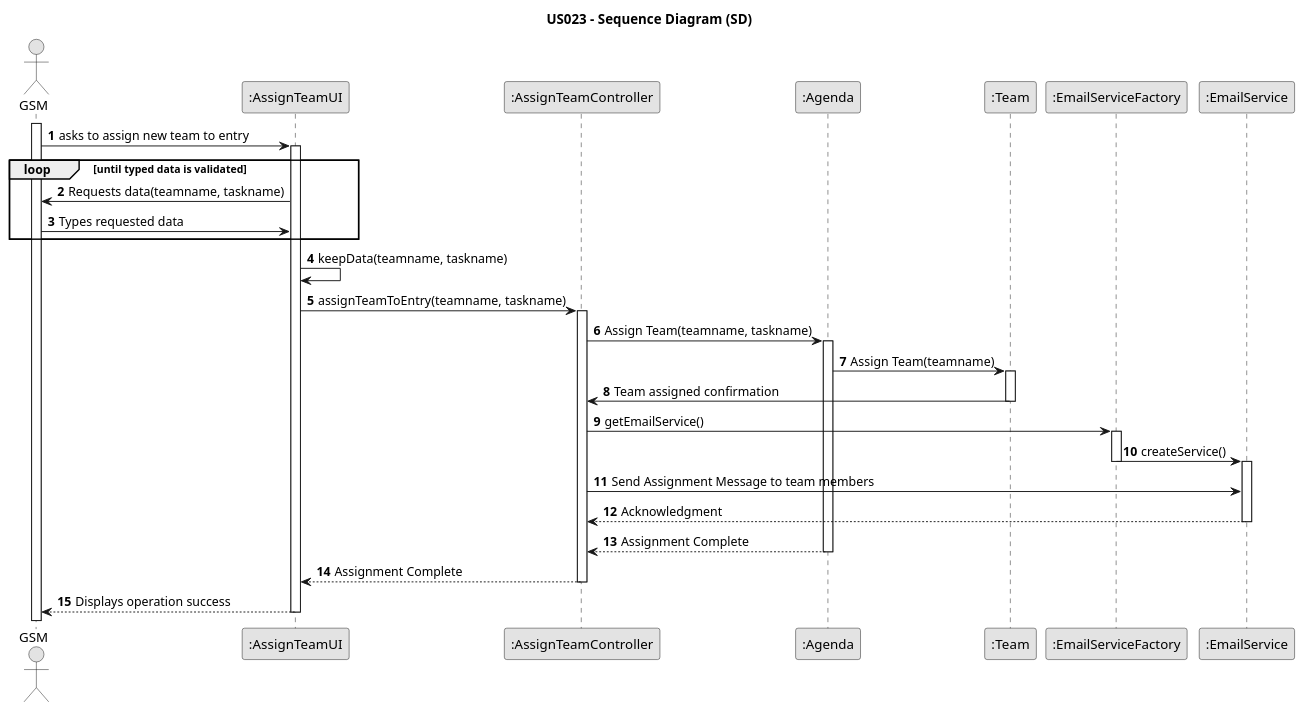
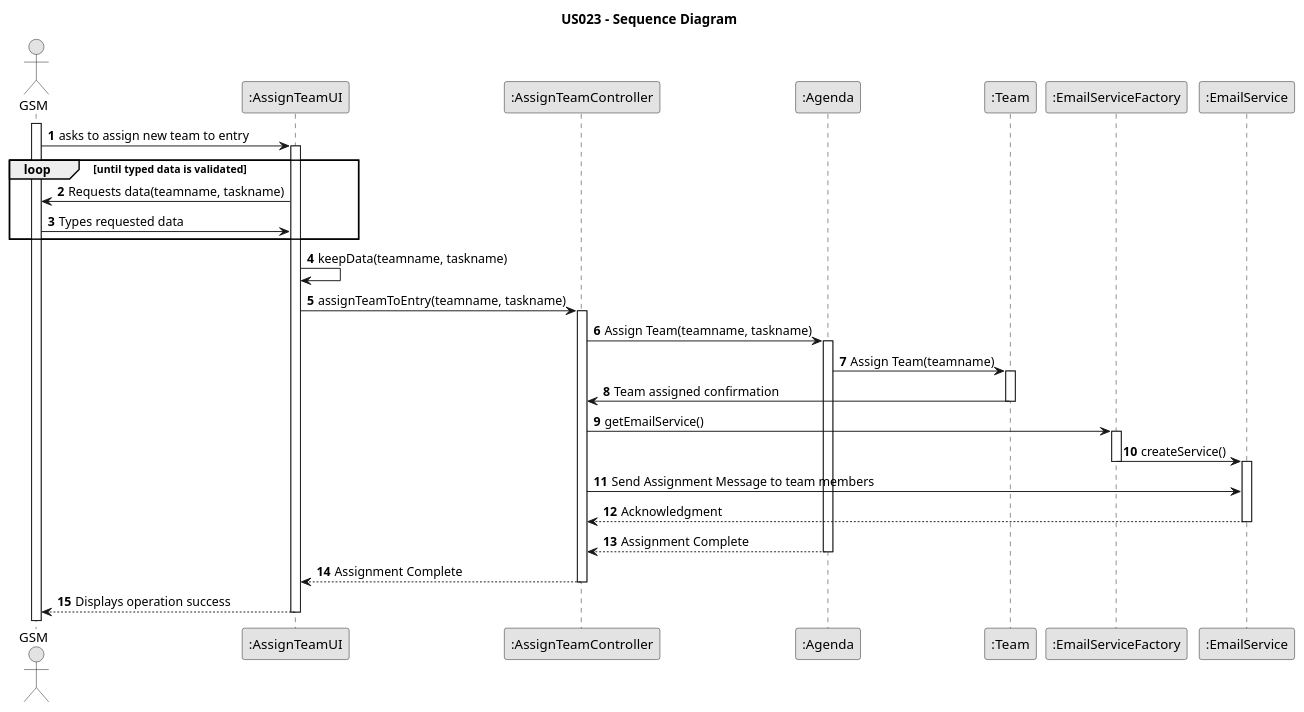
Before and after one commit to Rui-San/LAPR2_2023_2024: the diagram in docs/SprintC/us023/03.design/puml/us023-sequence-diagram.puml, drawn with PlantUML. The commit also changed 7 other files, not shown here.

```diff
--- a/docs/SprintC/us023/03.design/puml/us023-sequence-diagram.puml
+++ b/docs/SprintC/us023/03.design/puml/us023-sequence-diagram.puml
@@ -1,58 +1,58 @@
 @startuml
 skinparam monochrome true
 skinparam packageStyle rectangle
 skinparam shadowing false
 
-title US023 - Sequence Diagram (SD)
+title US023 - Sequence Diagram
 
 autonumber
 
 actor "GSM" as GSM
 participant ":AssignTeamUI" as UI
 participant ":AssignTeamController" as CTRL
 participant ":Agenda" as Agenda
 participant ":Team" as Team
 participant ":EmailServiceFactory" as EmailServiceFactory
 participant ":EmailService" as EmailService
 
 activate GSM
 
     GSM -> UI: asks to assign new team to entry
     activate UI
 
     loop until typed data is validated
     UI -> GSM: Requests data(teamname, taskname)
     GSM -> UI: Types requested data
     end loop
 
     UI -> UI: keepData(teamname, taskname)
 
     UI -> CTRL: assignTeamToEntry(teamname, taskname)
     activate CTRL
 
     CTRL -> Agenda: Assign Team(teamname, taskname)
     activate Agenda
     Agenda -> Team: Assign Team(teamname)
     activate Team
     Team -> CTRL: Team assigned confirmation
     deactivate Team
 
     CTRL -> EmailServiceFactory: getEmailService()
     activate EmailServiceFactory
     EmailServiceFactory -> EmailService: createService()
     deactivate EmailServiceFactory
     activate EmailService
     CTRL -> EmailService: Send Assignment Message to team members
     EmailService --> CTRL: Acknowledgment
     deactivate EmailService
 
     Agenda --> CTRL: Assignment Complete
     deactivate Agenda
 
     CTRL --> UI: Assignment Complete
     deactivate CTRL
 
     UI --> GSM: Displays operation success
     deactivate UI
 
 @enduml
```
